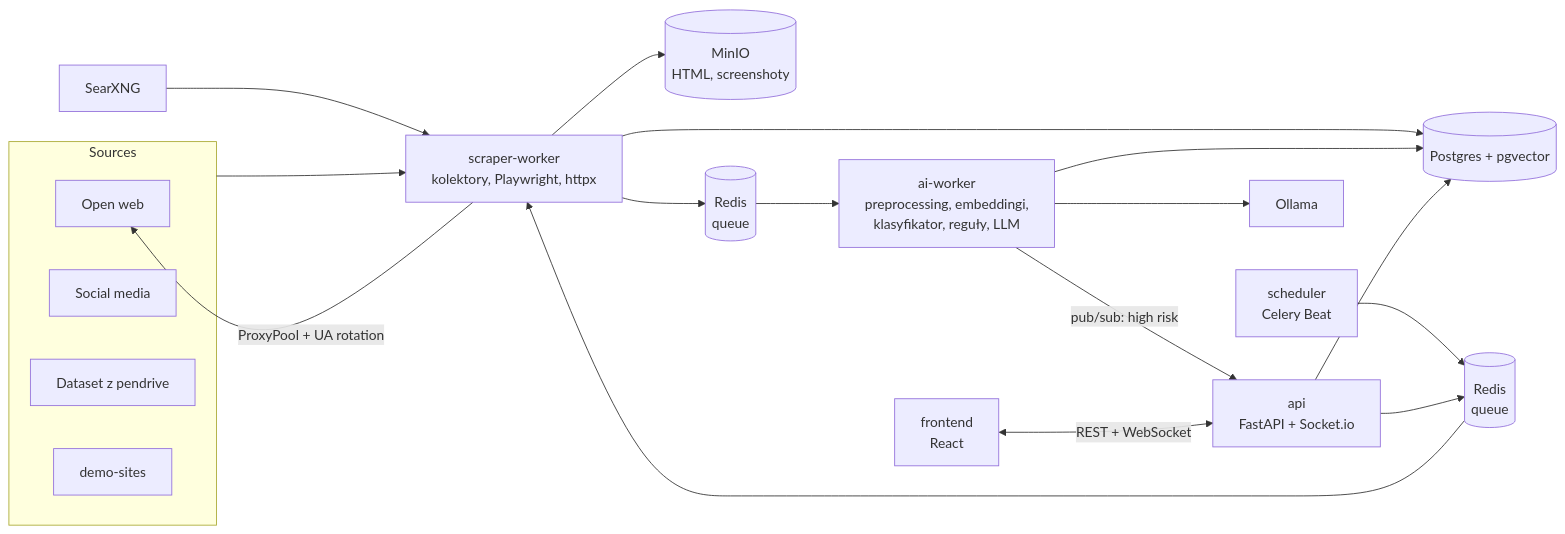
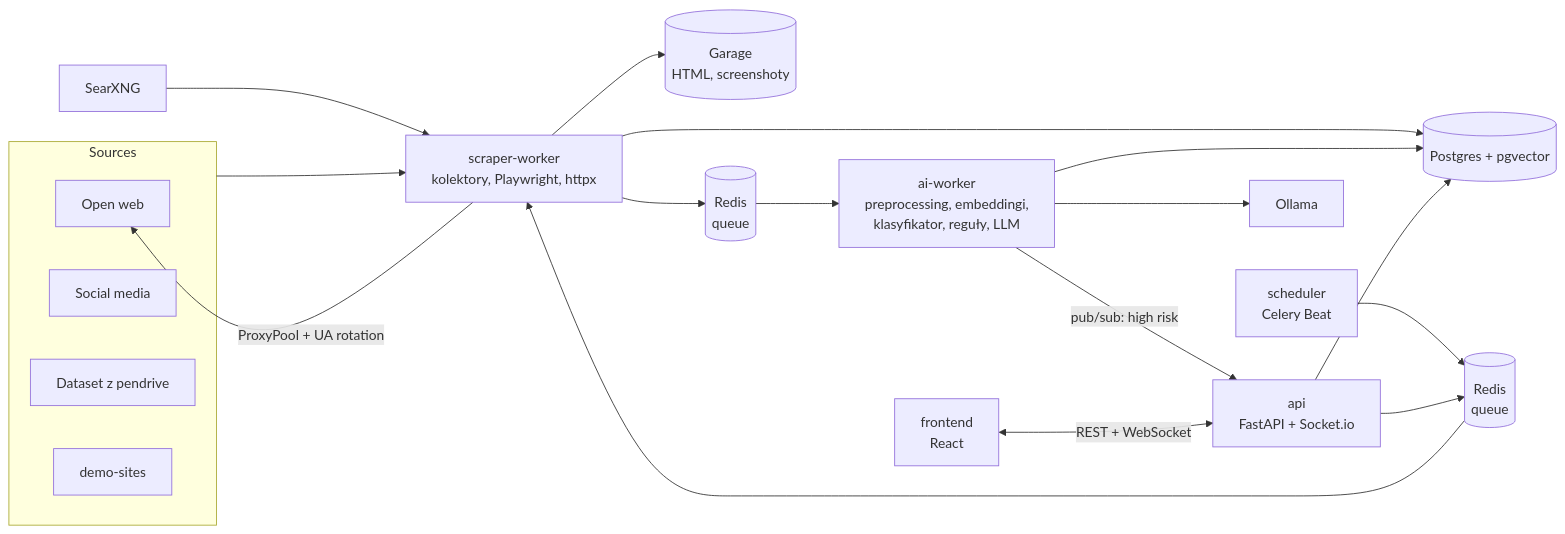
The diagram in docs/CONCEPT.md (loudsheep/invest_watch), drawn with Mermaid before and after one commit. The commit also changed other lines of this file and 115 other files, not shown here.

````diff
--- a/docs/CONCEPT.md
+++ b/docs/CONCEPT.md
@@ -41,25 +41,25 @@
 ```mermaid
 flowchart LR
     subgraph Sources
         WEB[Open web]
         SOC[Social media]
         DS[Dataset z pendrive]
         DEMO[demo-sites]
     end
 
     SCHED[scheduler<br/>Celery Beat] --> Q1[(Redis<br/>queue)]
     API --> Q1
     Q1 --> SCR[scraper-worker<br/>kolektory, Playwright, httpx]
     Sources --> SCR
     SCR -->|ProxyPool + UA rotation| WEB
-    SCR --> MINIO[(MinIO<br/>HTML, screenshoty)]
+    SCR --> GARAGE[(Garage<br/>HTML, screenshoty)]
     SCR --> PG[(Postgres + pgvector)]
     SCR --> Q2[(Redis<br/>queue)]
     Q2 --> AI[ai-worker<br/>preprocessing, embeddingi,<br/>klasyfikator, reguły, LLM]
     AI --> OLL[Ollama]
     AI --> PG
     AI -->|pub/sub: high risk| API[api<br/>FastAPI + Socket.io]
     API --> PG
     FE[frontend<br/>React] <-->|REST + WebSocket| API
     SEARX[SearXNG] --> SCR
 ```
````
